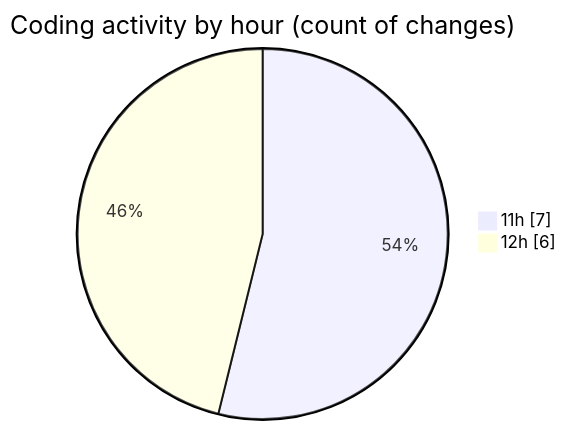
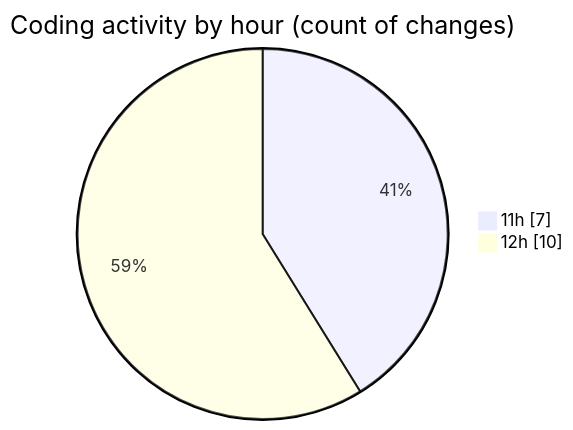
The second of 2 diagrams in 2026-04-09/cilapp/README.md (ricardozamudiocil/code-tracking), drawn with Mermaid before and after one commit. The commit also changed other lines of this file and 1 other file, not shown here.

````diff
--- a/2026-04-09/cilapp/README.md
+++ b/2026-04-09/cilapp/README.md
@@ -30,6 +31,6 @@
 ```mermaid
 pie showData
 title Coding activity by hour (count of changes)
 "11h" : 7
-"12h" : 6
+"12h" : 10
 ```
````
